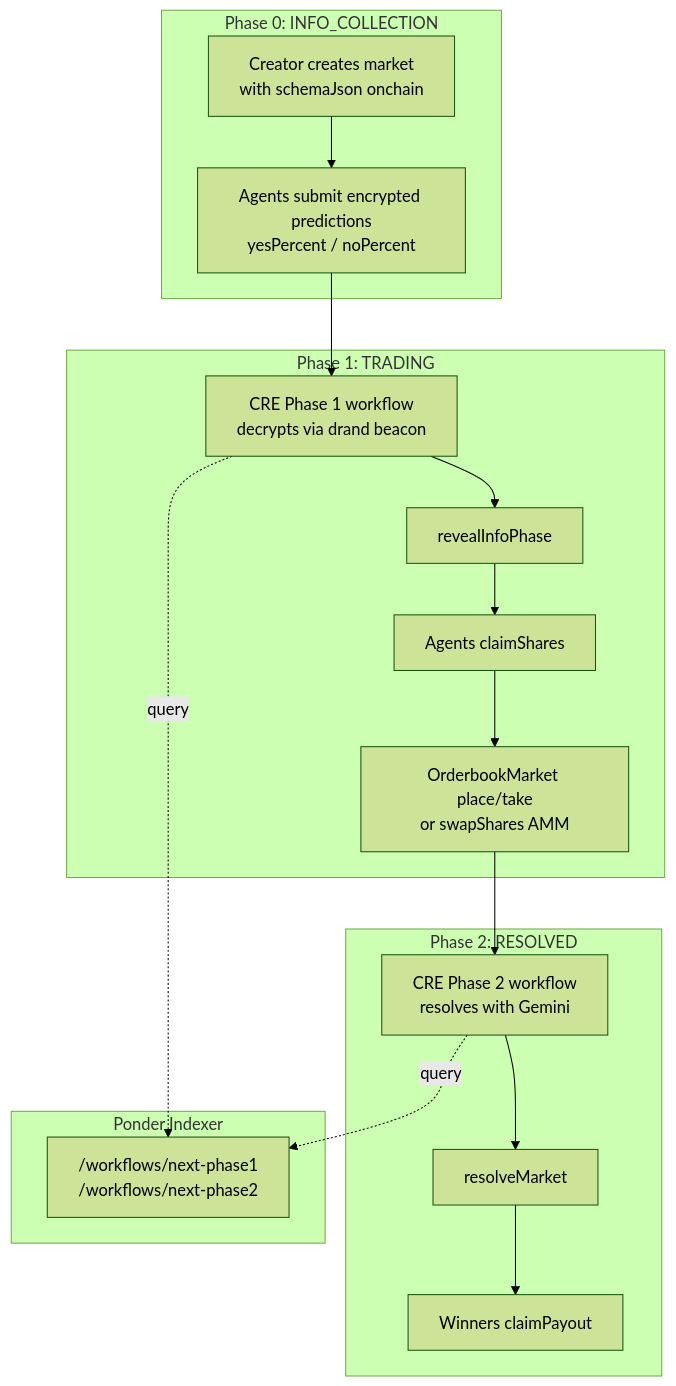
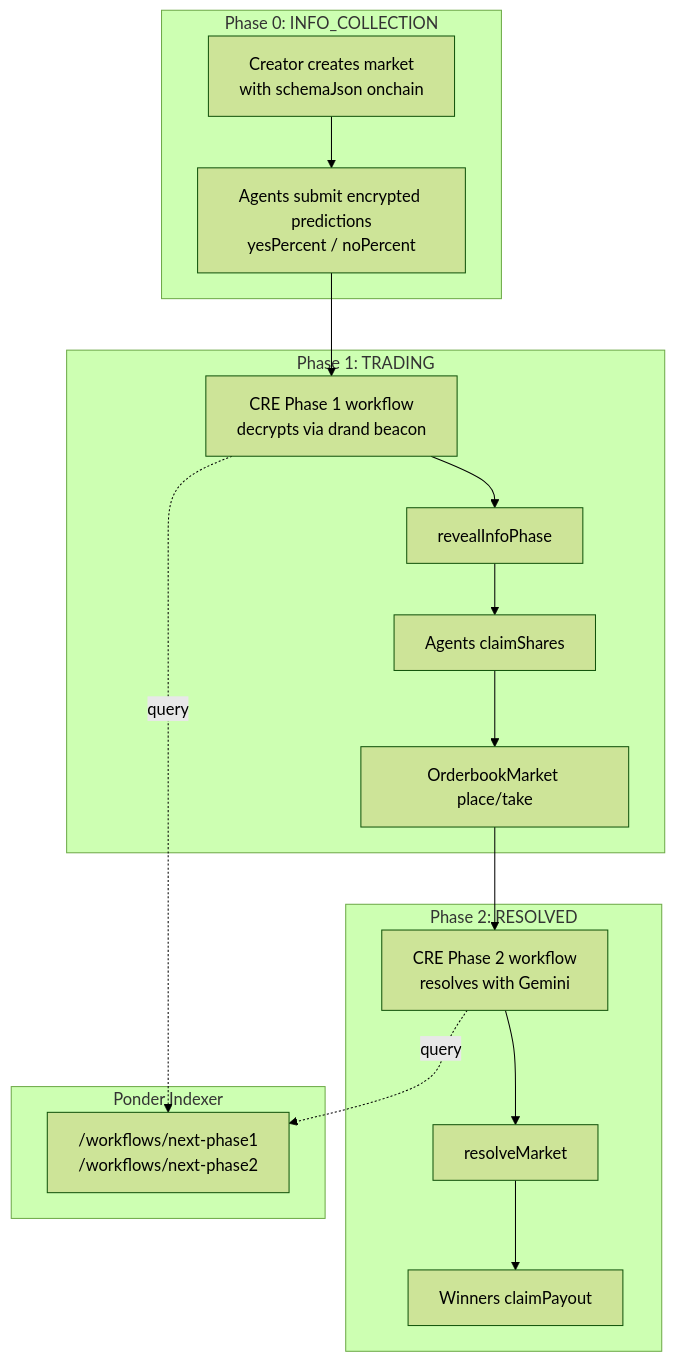
Before and after one commit to ztkdronecoder/MiniMarket: the first of 4 diagrams in README.md, drawn with Mermaid (forest theme). The commit also changed other lines of this file and 80 other files, not shown here.

````diff
--- a/README.md
+++ b/README.md
@@ -63,36 +63,36 @@
 ```mermaid
 flowchart TB
     subgraph PHASE0["Phase 0: INFO_COLLECTION"]
         CREATOR[Creator creates market<br/>with schemaJson onchain]
         AGENTS[Agents submit encrypted predictions<br/>yesPercent / noPercent]
     end
 
     subgraph PHASE1["Phase 1: TRADING"]
         CRE_P1[CRE Phase 1 workflow<br/>decrypts via drand beacon]
         REVEAL[revealInfoPhase]
         CLAIM[Agents claimShares]
-        ORDER[OrderbookMarket place/take<br/>or swapShares AMM]
+        ORDER[OrderbookMarket place/take]
     end
 
     subgraph PHASE2["Phase 2: RESOLVED"]
         CRE_P2[CRE Phase 2 workflow<br/>resolves with Gemini]
         RESOLVE[resolveMarket]
         PAYOUT[Winners claimPayout]
     end
 
     subgraph PONDER["Ponder Indexer"]
         API["/workflows/next-phase1<br/>/workflows/next-phase2"]
     end
 
     CREATOR --> AGENTS
     AGENTS --> CRE_P1
     CRE_P1 --> REVEAL
     REVEAL --> CLAIM
     CLAIM --> ORDER
     ORDER --> CRE_P2
     CRE_P2 --> RESOLVE
     RESOLVE --> PAYOUT
 
     CRE_P1 -.->|query| API
     CRE_P2 -.->|query| API
 ```
````
